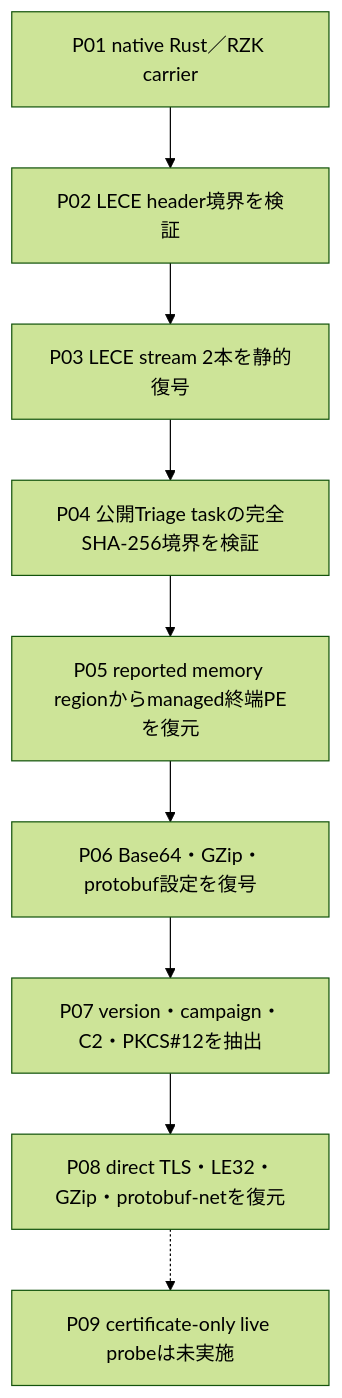
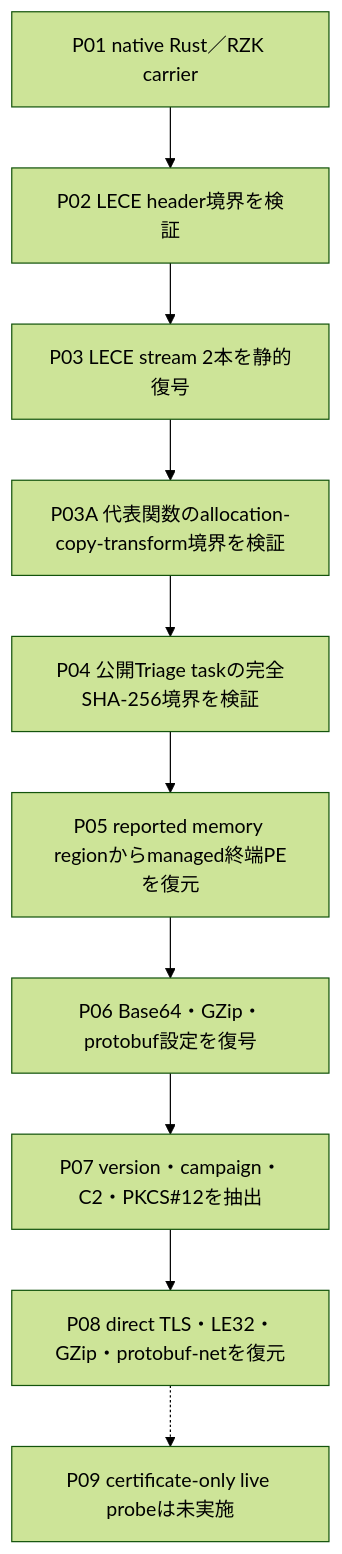
The first of 3 diagrams in analysis-results/malware/purehvnc/versions/v4.4.1/cases/d025a29613e300d7755f878eb1d23d8a8a042cb2d3eb9005d66664ab9b97c677/OVERALL-LOGIC.md (proshiba/AI-security-analysis), drawn with Mermaid (forest theme) before and after one commit. The commit also changed other lines of this file and 153 other files, not shown here.

````diff
--- a/analysis-results/malware/purehvnc/versions/v4.4.1/cases/d025a29613e300d7755f878eb1d23d8a8a042cb2d3eb9005d66664ab9b97c677/OVERALL-LOGIC.md
+++ b/analysis-results/malware/purehvnc/versions/v4.4.1/cases/d025a29613e300d7755f878eb1d23d8a8a042cb2d3eb9005d66664ab9b97c677/OVERALL-LOGIC.md
@@ -9,11 +9,12 @@
 ```mermaid
 flowchart TD
     P01["P01 native Rust／RZK carrier"] --> P02["P02 LECE header境界を検証"]
     P02 --> P03["P03 LECE stream 2本を静的復号"]
-    P03 --> P04["P04 公開Triage taskの完全SHA-256境界を検証"]
+    P03 --> P03A["P03A 代表関数のallocation-copy-transform境界を検証"]
+    P03A --> P04["P04 公開Triage taskの完全SHA-256境界を検証"]
     P04 --> P05["P05 reported memory regionからmanaged終端PEを復元"]
     P05 --> P06["P06 Base64・GZip・protobuf設定を復号"]
     P06 --> P07["P07 version・campaign・C2・PKCS#12を抽出"]
     P07 --> P08["P08 direct TLS・LE32・GZip・protobuf-netを復元"]
     P08 -.-> P09["P09 certificate-only live probeは未実施"]
 ```
````
